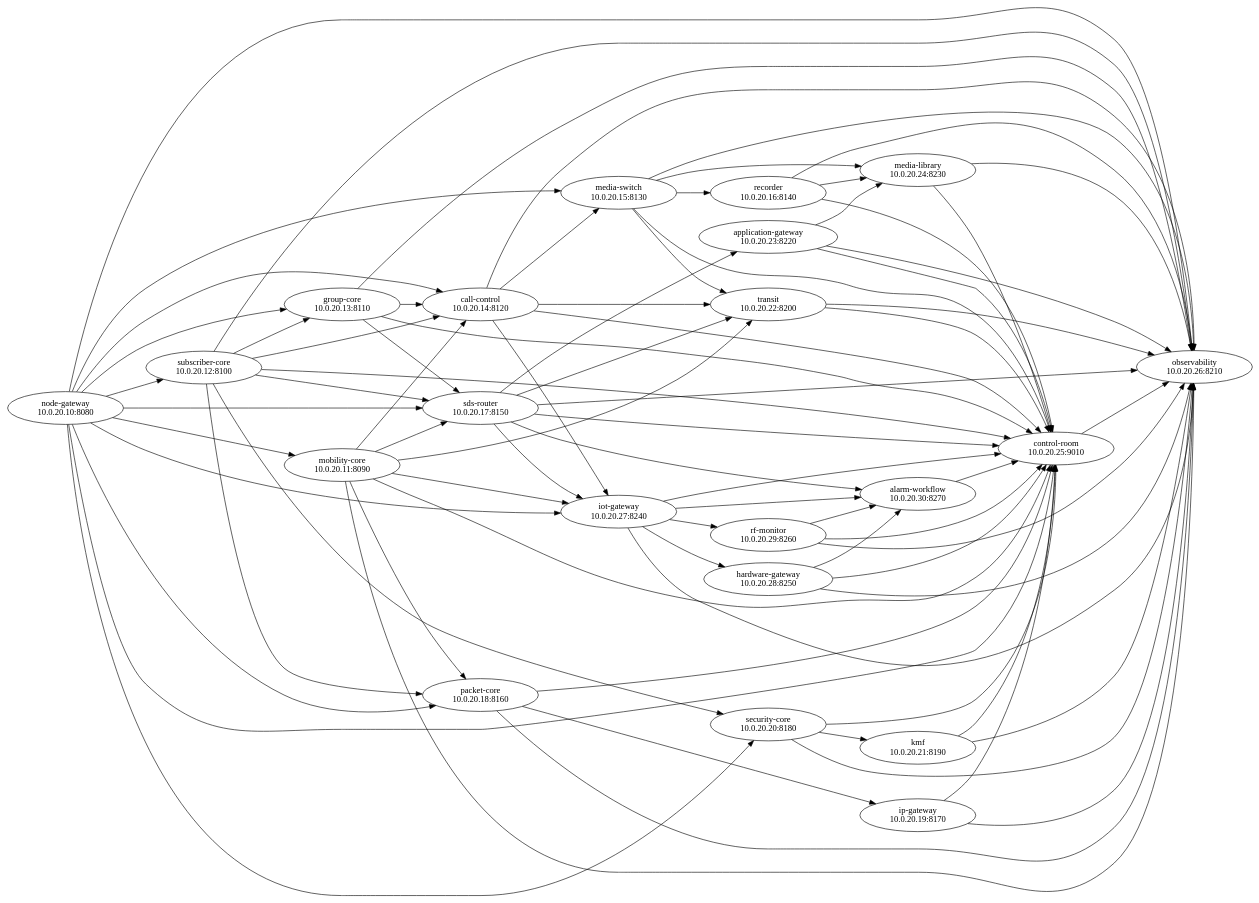
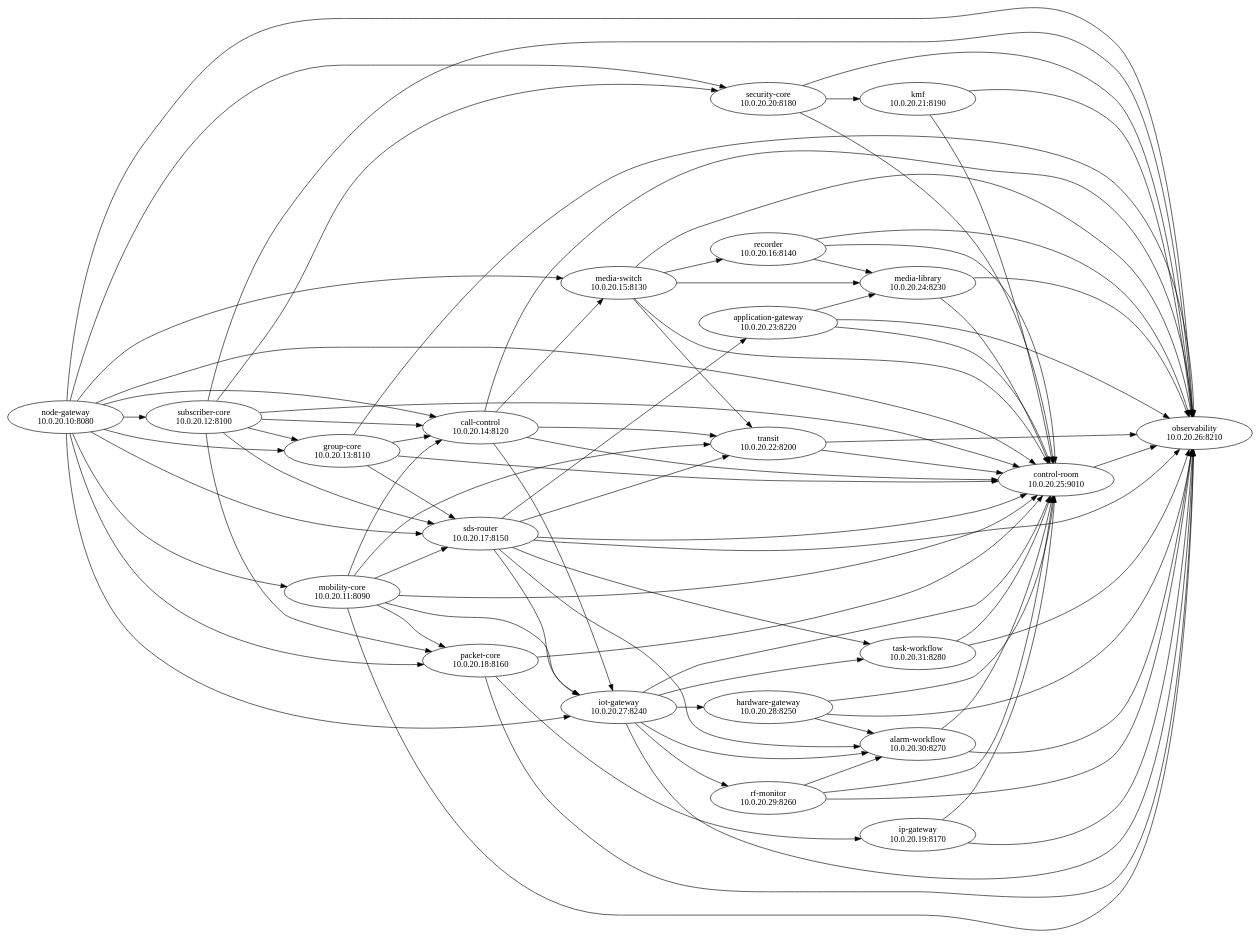
One commit to JanHG98/netcore-tetra changed the diagram in deploy/open-lab/generated/dependency-graph.dot. Above: the diagram before and after it, drawn with Graphviz. The commit also changed 51 other files, not shown here.

First line of the commit message:
Add Phase 9 Task Workflow service

```diff
--- a/deploy/open-lab/generated/dependency-graph.dot
+++ b/deploy/open-lab/generated/dependency-graph.dot
@@ -1,102 +1,108 @@
 digraph netcore_open_lab {
   rankdir=LR;
   "node-gateway" [label="node-gateway\n10.0.20.10:8080"];
   "mobility-core" [label="mobility-core\n10.0.20.11:8090"];
   "node-gateway" -> "mobility-core";
   "subscriber-core" [label="subscriber-core\n10.0.20.12:8100"];
   "node-gateway" -> "subscriber-core";
   "group-core" [label="group-core\n10.0.20.13:8110"];
   "node-gateway" -> "group-core";
   "subscriber-core" -> "group-core";
   "call-control" [label="call-control\n10.0.20.14:8120"];
   "node-gateway" -> "call-control";
   "subscriber-core" -> "call-control";
   "group-core" -> "call-control";
   "mobility-core" -> "call-control";
   "media-switch" [label="media-switch\n10.0.20.15:8130"];
   "node-gateway" -> "media-switch";
   "call-control" -> "media-switch";
   "recorder" [label="recorder\n10.0.20.16:8140"];
   "media-switch" -> "recorder";
   "sds-router" [label="sds-router\n10.0.20.17:8150"];
   "node-gateway" -> "sds-router";
   "subscriber-core" -> "sds-router";
   "group-core" -> "sds-router";
   "mobility-core" -> "sds-router";
   "packet-core" [label="packet-core\n10.0.20.18:8160"];
   "node-gateway" -> "packet-core";
   "subscriber-core" -> "packet-core";
   "mobility-core" -> "packet-core";
   "ip-gateway" [label="ip-gateway\n10.0.20.19:8170"];
   "packet-core" -> "ip-gateway";
   "security-core" [label="security-core\n10.0.20.20:8180"];
   "node-gateway" -> "security-core";
   "subscriber-core" -> "security-core";
   "kmf" [label="kmf\n10.0.20.21:8190"];
   "security-core" -> "kmf";
   "transit" [label="transit\n10.0.20.22:8200"];
   "mobility-core" -> "transit";
   "call-control" -> "transit";
   "media-switch" -> "transit";
   "sds-router" -> "transit";
   "application-gateway" [label="application-gateway\n10.0.20.23:8220"];
   "sds-router" -> "application-gateway";
   "media-library" [label="media-library\n10.0.20.24:8230"];
   "media-switch" -> "media-library";
   "recorder" -> "media-library";
   "application-gateway" -> "media-library";
   "control-room" [label="control-room\n10.0.20.25:9010"];
   "node-gateway" -> "control-room";
   "subscriber-core" -> "control-room";
   "group-core" -> "control-room";
   "mobility-core" -> "control-room";
   "call-control" -> "control-room";
   "media-switch" -> "control-room";
   "recorder" -> "control-room";
   "sds-router" -> "control-room";
   "packet-core" -> "control-room";
   "ip-gateway" -> "control-room";
   "security-core" -> "control-room";
   "kmf" -> "control-room";
   "transit" -> "control-room";
   "application-gateway" -> "control-room";
   "media-library" -> "control-room";
   "iot-gateway" -> "control-room";
   "hardware-gateway" -> "control-room";
   "rf-monitor" -> "control-room";
   "alarm-workflow" -> "control-room";
+  "task-workflow" -> "control-room";
   "observability" [label="observability\n10.0.20.26:8210"];
   "node-gateway" -> "observability";
   "subscriber-core" -> "observability";
   "group-core" -> "observability";
   "mobility-core" -> "observability";
   "call-control" -> "observability";
   "media-switch" -> "observability";
   "recorder" -> "observability";
   "sds-router" -> "observability";
   "packet-core" -> "observability";
   "ip-gateway" -> "observability";
   "security-core" -> "observability";
   "kmf" -> "observability";
   "transit" -> "observability";
   "application-gateway" -> "observability";
   "media-library" -> "observability";
   "iot-gateway" -> "observability";
   "hardware-gateway" -> "observability";
   "rf-monitor" -> "observability";
+  "alarm-workflow" -> "observability";
+  "task-workflow" -> "observability";
   "control-room" -> "observability";
   "iot-gateway" [label="iot-gateway\n10.0.20.27:8240"];
   "node-gateway" -> "iot-gateway";
   "mobility-core" -> "iot-gateway";
   "call-control" -> "iot-gateway";
   "sds-router" -> "iot-gateway";
   "hardware-gateway" [label="hardware-gateway\n10.0.20.28:8250"];
   "iot-gateway" -> "hardware-gateway";
   "rf-monitor" [label="rf-monitor\n10.0.20.29:8260"];
   "iot-gateway" -> "rf-monitor";
   "alarm-workflow" [label="alarm-workflow\n10.0.20.30:8270"];
   "iot-gateway" -> "alarm-workflow";
   "sds-router" -> "alarm-workflow";
   "hardware-gateway" -> "alarm-workflow";
   "rf-monitor" -> "alarm-workflow";
+  "task-workflow" [label="task-workflow\n10.0.20.31:8280"];
+  "iot-gateway" -> "task-workflow";
+  "sds-router" -> "task-workflow";
 }
```
